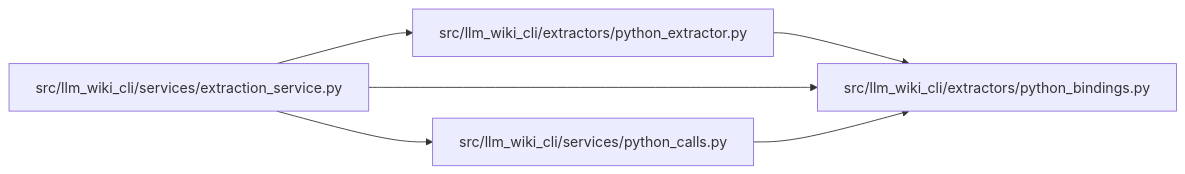
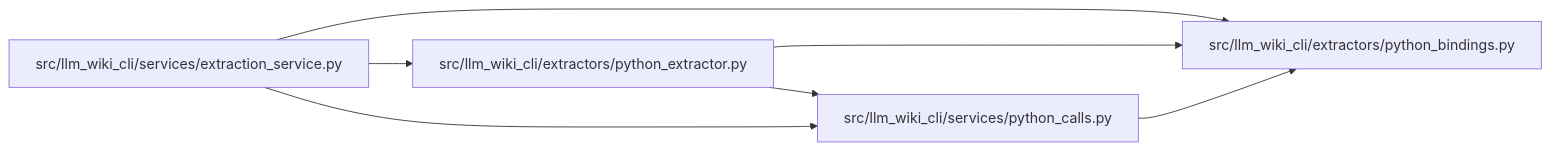
One commit to Denissvgn/python-wiki-llm changed the diagram in docs/llm_wiki/modules/python_bindings.md. Above: the diagram before and after it, drawn with Mermaid. The commit also changed 581 other files, not shown here.

````diff
--- a/docs/llm_wiki/modules/python_bindings.md
+++ b/docs/llm_wiki/modules/python_bindings.md
@@ -25,16 +25,17 @@
 ```mermaid
 flowchart LR
     n0["src/llm_wiki_cli/extractors/python_bindings.py"]
     n1["src/llm_wiki_cli/extractors/python_extractor.py"]
     n2["src/llm_wiki_cli/services/extraction_service.py"]
     n3["src/llm_wiki_cli/services/python_calls.py"]
     n1 --> n0
+    n1 --> n3
     n2 --> n0
     n2 --> n1
     n2 --> n3
     n3 --> n0
     click n0 "../modules/python_bindings.md"
     click n1 "../modules/python_extractor.md"
     click n2 "../modules/extraction_service.md"
     click n3 "../modules/python_calls.md"
 ```
````
